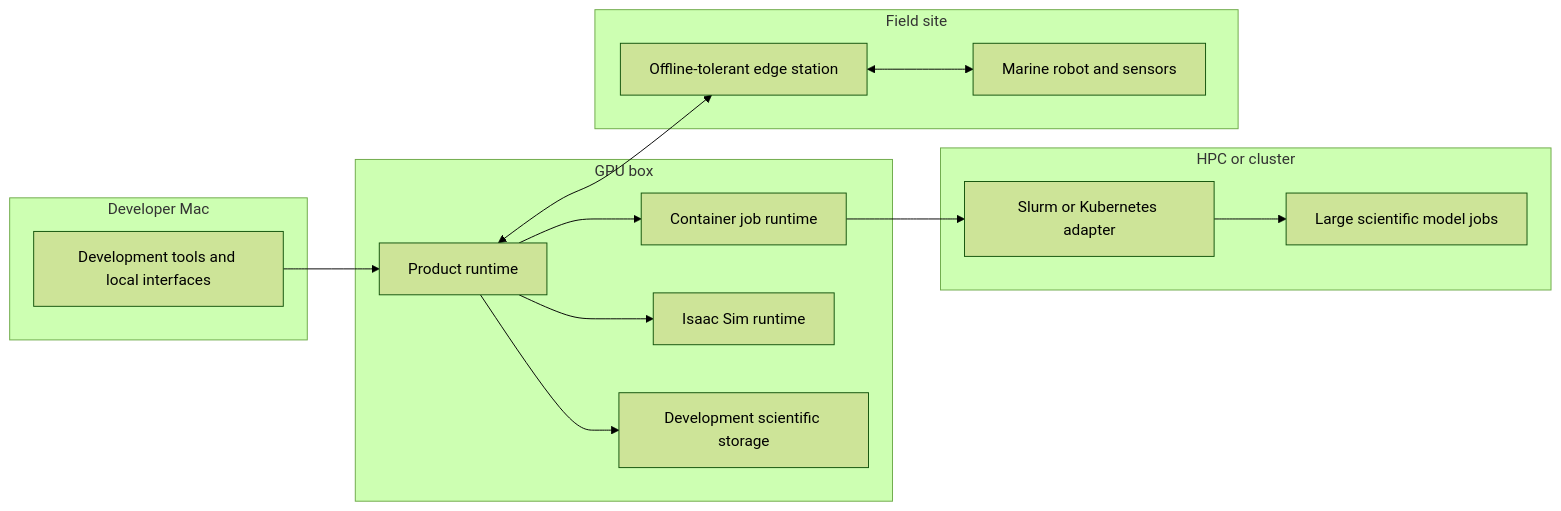
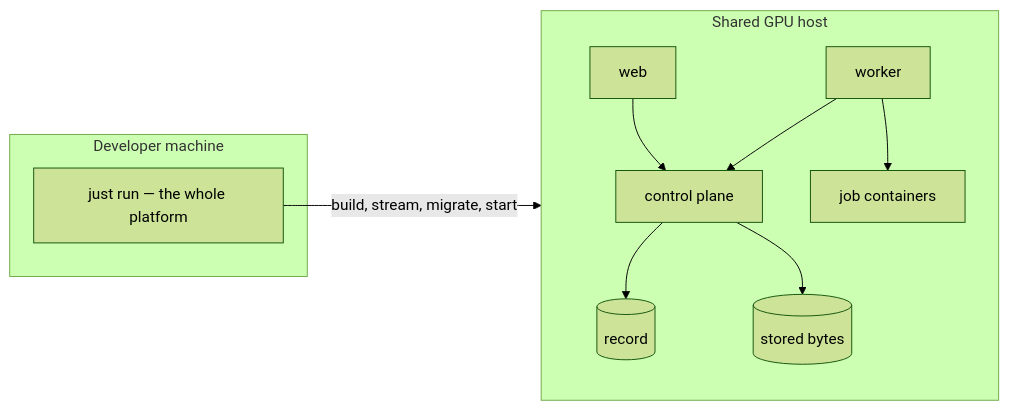
One commit to jalalirs/auv changed the second of 2 diagrams in docs/architecture.md. Above: the diagram before and after it, drawn with Mermaid (forest theme). The commit also changed other lines of this file and 140 other files, not shown here.

````diff
--- a/docs/architecture.md
+++ b/docs/architecture.md
@@ -81,32 +87,16 @@
 ```mermaid
 flowchart LR
-    subgraph Mac["Developer Mac"]
-        Dev["Development tools and local interfaces"]
+    subgraph Mac["Developer machine"]
+        Dev["just run — the whole platform"]
     end
 
-    subgraph GPU["GPU box"]
-        ProductRuntime["Product runtime"]
-        JobRuntime["Container job runtime"]
-        IsaacRuntime["Isaac Sim runtime"]
-        DataRuntime["Development scientific storage"]
+    subgraph GPU["Shared GPU host"]
+        Web2["web"] --> CP["control plane"]
+        CP --> DB[("record")]
+        CP --> S3[("stored bytes")]
+        WK["worker"] --> CP
+        WK --> Jobs["job containers"]
     end
 
-    subgraph HPC["HPC or cluster"]
-        Scheduler["Slurm or Kubernetes adapter"]
-        Solvers["Large scientific model jobs"]
-    end
-
-    subgraph Field["Field site"]
-        EdgeStation["Offline-tolerant edge station"]
-        Robot["Marine robot and sensors"]
-    end
-
-    Dev --> ProductRuntime
-    ProductRuntime --> JobRuntime
-    ProductRuntime --> IsaacRuntime
-    ProductRuntime --> DataRuntime
-    JobRuntime --> Scheduler
-    Scheduler --> Solvers
-    ProductRuntime <--> EdgeStation
-    EdgeStation <--> Robot
+    Dev -->|"build, stream, migrate, start"| GPU
 ```
````
